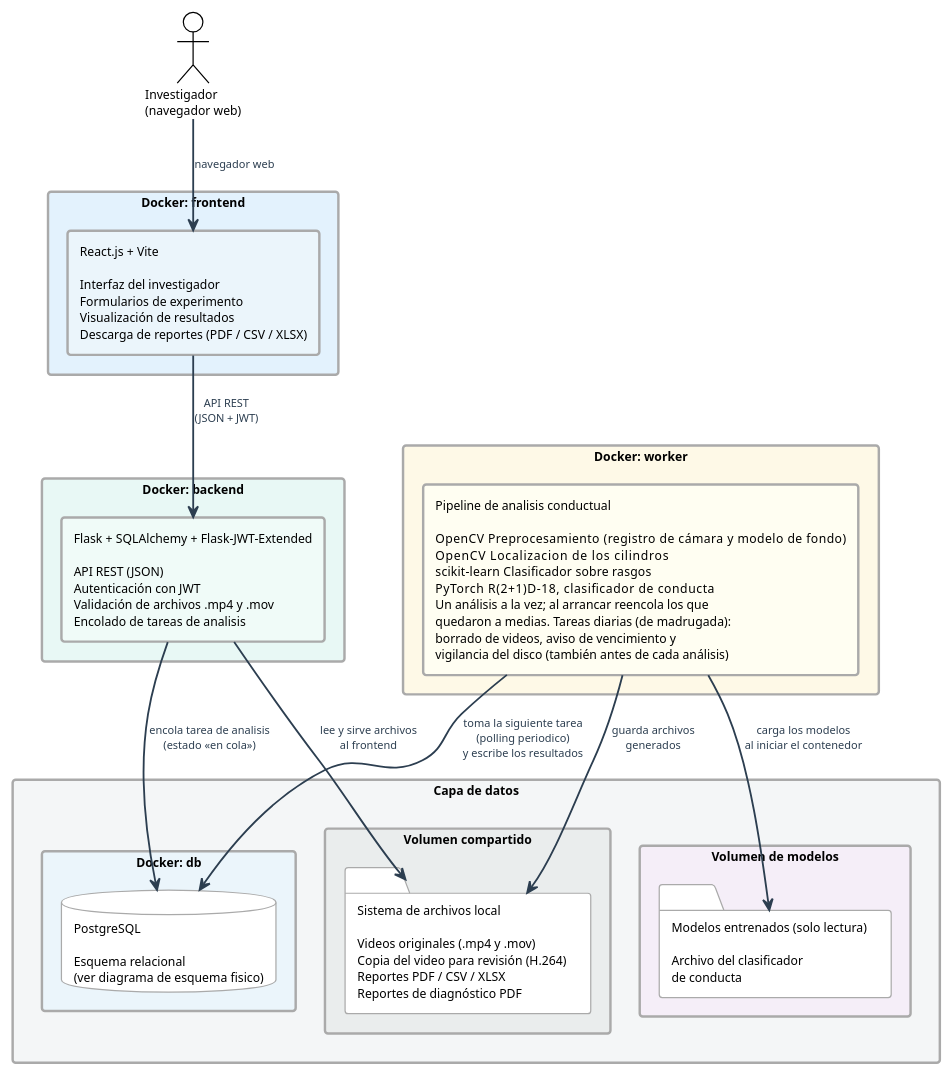
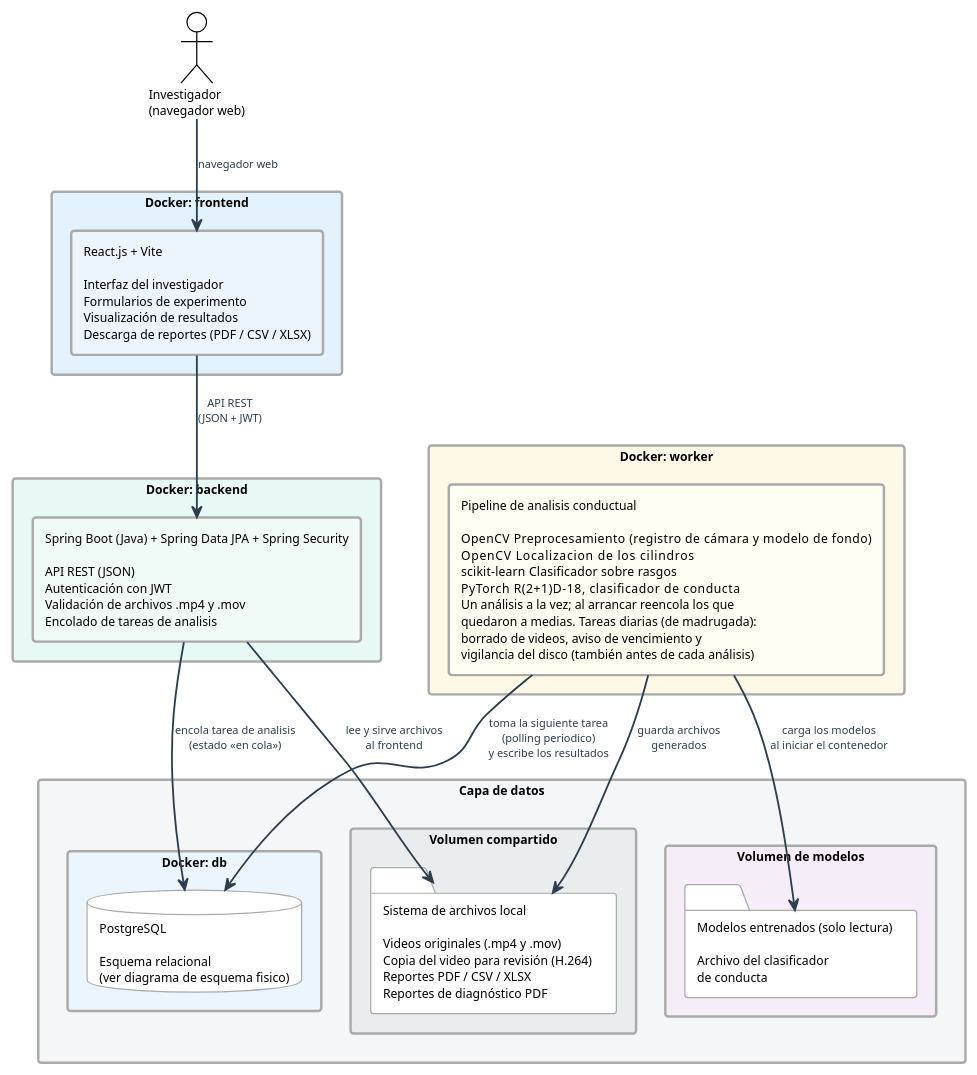
Before and after one commit to ErickJester/fst-ai-system-latex: the diagram in diagramas/arquitectura_software.puml, drawn with PlantUML. The commit also changed 14 other files, not shown here.

First line of the commit message:
Propagar el backend en Spring Boot (D-105) a los capítulos 1, 3, 4 y 5, el glosario, la bibliografía y las figuras de arquitectura

```diff
--- a/diagramas/arquitectura_software.puml
+++ b/diagramas/arquitectura_software.puml
@@ -1,122 +1,122 @@
 @startuml arquitectura_software
 ' ============================================================
 '  Arquitectura de software por capas — FST
 '  TT 2026-B066 | ESCOM-IPN
 ' ------------------------------------------------------------
 '  Corrige dos cosas desactualizadas del diagrama viejo, con
 '  fuente en chapters/05_diseno.tex:26-49 (Arquitectura general):
 '
 '  - Quita el contenedor Redis y la cola de mensajes. El texto
 '    dice "tres capas... frontend, backend y base de datos. Un
 '    cuarto contenedor -el worker-" -- CUATRO contenedores, nunca
 '    cinco, y Redis no aparece en NINGUN capitulo (se buscó en los
 '    ocho .tex). El mecanismo real, confirmado también en CU-07
 '    (05_diseno.tex:1452) y en la tabla de trabajos (05_diseno.tex:
 '    1276), es polling: el backend inserta la tarea en la tabla de
 '    analisis con estado "en cola" (D-15) y el Worker la toma en su
 '    siguiente ciclo de polling -- sin cola de mensajes aparte.
 '
 '  - Agrega el volumen de modelos entrenados, que el diagrama viejo
 '    no tenia: "el archivo del clasificador de conducta reside en un
 '    volumen Docker dedicado que el worker monta al arrancar el
 '    contenedor" (05_diseno.tex:45-48) -- distinto del volumen
 '    compartido de videos/reportes, y de solo lectura para el Worker.
 '
 '  - 5-oct: el worker ya no usa YOLOv8, ByteTrack ni ResNet-18/50
 '    (CLA-02/CLA-03). El pipeline real (fst_auto) localiza los
 '    cilindros por sustraccion de fondo y clasifica con un modelo
 '    sobre rasgos (scikit-learn) o la R(2+1)D-18 (PyTorch); cual de
 '    los dos queda se decide en TT-II, por eso el volumen no nombra
 '    un archivo concreto.
 '
 '  - Quita la lista de las 12 tablas viejas (USUARIOS, EXPERIMENTOS,
 '    TRABAJOS, ANIMALES, SUJETOS, ROIS...) del contenedor de base de
 '    datos -- ya no existen (ver MIGRACION-DIAGRAMAS.md SS2). Se
 '    remite al diagrama de esquema físico en vez de repetir aquí las
 '    15 relaciones del modelo nuevo, para no duplicar mantenimiento
 '    entre dos diagramas.
 '
 '  Generar:
 '      java -jar plantuml.jar -tpng diagramas/arquitectura_software.puml
 ' ============================================================
 
 !theme plain
 skinparam defaultFontName Arial
 skinparam defaultFontSize 10
 skinparam shadowing false
 skinparam BackgroundColor White
 skinparam ArrowColor      #2C3E50
 skinparam ArrowThickness  1.5
 skinparam ArrowFontSize   9
 skinparam ArrowFontColor  #2C3E50
 skinparam RectangleBorderThickness 2
 skinparam RectangleBorderColor     #AAAAAA
 skinparam QueueBorderColor         #AAAAAA
 skinparam DatabaseBorderColor      #AAAAAA
 skinparam FolderBorderColor        #AAAAAA
 
 top to bottom direction
 
 ' ═══════════════════════════════════════════════════════════
 '  ACTOR
 ' ═══════════════════════════════════════════════════════════
 
 actor "Investigador\n(navegador web)" as INV
 
 ' ═══════════════════════════════════════════════════════════
 '  CAPA 1 — Presentacion
 ' ═══════════════════════════════════════════════════════════
 
 rectangle "Docker: frontend" as C_FE #E3F2FD {
   rectangle "React.js + Vite\n\nInterfaz del investigador\nFormularios de experimento\nVisualización de resultados\nDescarga de reportes (PDF / CSV / XLSX)" as FE #EBF5FB
 }
 
 ' ═══════════════════════════════════════════════════════════
 '  CAPA 2 — Logica de negocio
 ' ═══════════════════════════════════════════════════════════
 
 rectangle "Docker: backend" as C_BE #E8F8F5 {
-  rectangle "Flask + SQLAlchemy + Flask-JWT-Extended\n\nAPI REST (JSON)\nAutenticación con JWT\nValidación de archivos .mp4 y .mov\nEncolado de tareas de analisis" as BE #F0FBF8
+  rectangle "Spring Boot (Java) + Spring Data JPA + Spring Security\n\nAPI REST (JSON)\nAutenticación con JWT\nValidación de archivos .mp4 y .mov\nEncolado de tareas de analisis" as BE #F0FBF8
 }
 
 ' ═══════════════════════════════════════════════════════════
 '  CAPA 3 — Procesamiento asincrono
 ' ═══════════════════════════════════════════════════════════
 
 rectangle "Docker: worker" as C_WK #FEF9E7 {
   rectangle "Pipeline de analisis conductual\n\nOpenCV         Preprocesamiento (registro de cámara y modelo de fondo)\nOpenCV         Localizacion de los cilindros\nscikit-learn   Clasificador sobre rasgos\nPyTorch        R(2+1)D-18, clasificador de conducta\nUn análisis a la vez; al arrancar reencola los que\nquedaron a medias. Tareas diarias (de madrugada):\nborrado de videos, aviso de vencimiento y\nvigilancia del disco (también antes de cada análisis)" as WK #FFFEF2
 }
 
 ' ═══════════════════════════════════════════════════════════
 '  CAPA 4 — Datos (PostgreSQL · Archivos · Modelos entrenados)
 ' ═══════════════════════════════════════════════════════════
 
 rectangle "Capa de datos" as DATOS #F4F6F7 {
 
   rectangle "Docker: db" as C_DB #EBF5FB {
     database "PostgreSQL\n\nEsquema relacional\n(ver diagrama de esquema fisico)" as DB
   }
 
   rectangle "Volumen compartido" as C_FS #EAEDED {
     folder "Sistema de archivos local\n\nVideos originales (.mp4 y .mov)\nCopia del video para revisión (H.264)\nReportes PDF / CSV / XLSX\nReportes de diagnóstico PDF" as FS
   }
 
   rectangle "Volumen de modelos" as C_MD #F5EEF8 {
     folder "Modelos entrenados (solo lectura)\n\nArchivo del clasificador\nde conducta" as MD
   }
 
 }
 
 ' ═══════════════════════════════════════════════════════════
 '  RELACIONES
 ' ═══════════════════════════════════════════════════════════
 
 INV  -down->  FE  : "navegador web"
 FE   -down->  BE  : "API REST\n(JSON + JWT)"
 BE   -down->  DB  : "encola tarea de analisis\n(estado «en cola»)"
 WK   -->      DB  : "toma la siguiente tarea\n(polling periodico)\ny escribe los resultados"
 WK   -->      FS  : "guarda archivos\ngenerados"
 BE   -->      FS  : "lee y sirve archivos\nal frontend"
 WK   -->      MD  : "carga los modelos\nal iniciar el contenedor"
 
 @enduml
```
